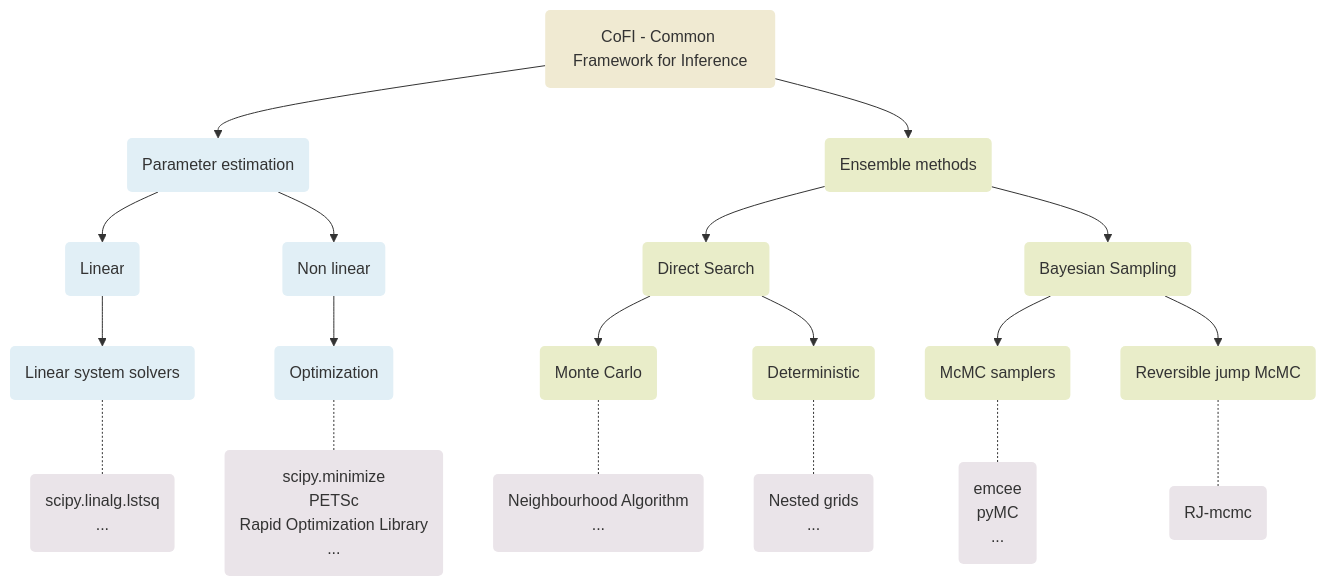
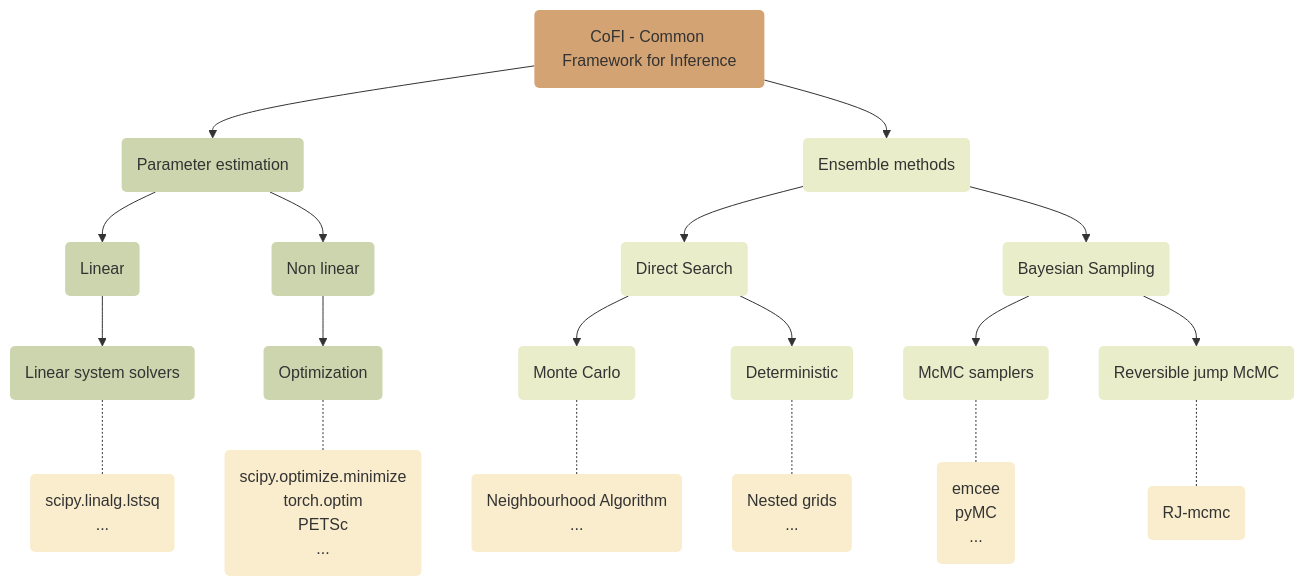
One commit to inlab-geo/cofi changed the diagram in docs/source/index.rst. Above: the diagram before and after it, drawn with Mermaid. The commit also changed 3 other files, not shown here.

Commit message:
docs: added torch.optim to the tree

```diff
--- a/docs/source/index.rst
+++ b/docs/source/index.rst
@@ -24,47 +24,47 @@
 .. mermaid::
 
     graph TD;
         cofi(CoFI - Common Framework for Inference):::cls_cofi;
         parameter_estimation(Parameter estimation):::cls_parameter_estimation;
         linear(Linear):::cls_parameter_estimation;
         non_linear(Non linear):::cls_parameter_estimation;
         linear_system_solvers(Linear system solvers):::cls_parameter_estimation;
         linear_solverlist(scipy.linalg.lstsq <br> ...):::cls_solvers;
         optimization(Optimization):::cls_parameter_estimation;
-        opt_solverlist(scipy.minimize <br> PETSc <br> Rapid Optimization Library<br>...):::cls_solvers;
+        opt_solverlist(scipy.optimize.minimize <br> torch.optim <br> PETSc <br>...):::cls_solvers;
         ensemble_methods(Ensemble methods):::cls_ensemble_methods;
         direct_search(Direct Search):::cls_ensemble_methods;
         amc(Monte Carlo):::cls_ensemble_methods;
         amc_solverlist(Neighbourhood Algorithm <br> ...):::cls_solvers;
         ng(Deterministic):::cls_ensemble_methods;
         ng_solverlist(Nested grids <br> ...):::cls_solvers;
         bs(Bayesian Sampling):::cls_ensemble_methods;
         mcmc(McMC samplers):::cls_ensemble_methods;
         mcmc_solverlist(emcee <br> pyMC <br> ...):::cls_solvers;
         rjmcmc(Reversible jump McMC):::cls_ensemble_methods;
         rjmcmc_solverlist(RJ-mcmc):::cls_solvers;
 
         cofi --> parameter_estimation;
         parameter_estimation --> linear;
         linear --> linear_system_solvers;
         linear_system_solvers -.- linear_solverlist;
         parameter_estimation --> non_linear;
         non_linear --> optimization;
         optimization -.- opt_solverlist;
 
         cofi --> ensemble_methods;
         ensemble_methods --> direct_search;
         direct_search --> amc;
         amc -.- amc_solverlist;
         direct_search --> ng;
         ng -.- ng_solverlist;
         ensemble_methods --> bs;  
         bs --> mcmc;
         mcmc -.- mcmc_solverlist;
         bs --> rjmcmc;
         rjmcmc -.- rjmcmc_solverlist;
 
-    classDef cls_cofi fill:#f0ead2, stroke-width:0;
-    classDef cls_parameter_estimation fill:#e1eff6, stroke-width:0;
-    classDef cls_ensemble_methods fill:#e9edc9, stroke-width:0;
-    classDef cls_solvers fill:#eae4e9, stroke-width:0;
+    classDef cls_cofi fill: #d4a373, stroke-width:0;
+    classDef cls_parameter_estimation fill: #ccd5ae, stroke-width:0;
+    classDef cls_ensemble_methods fill: #e9edc9, stroke-width:0;
+    classDef cls_solvers fill: #faedcd, stroke-width:0;
```
